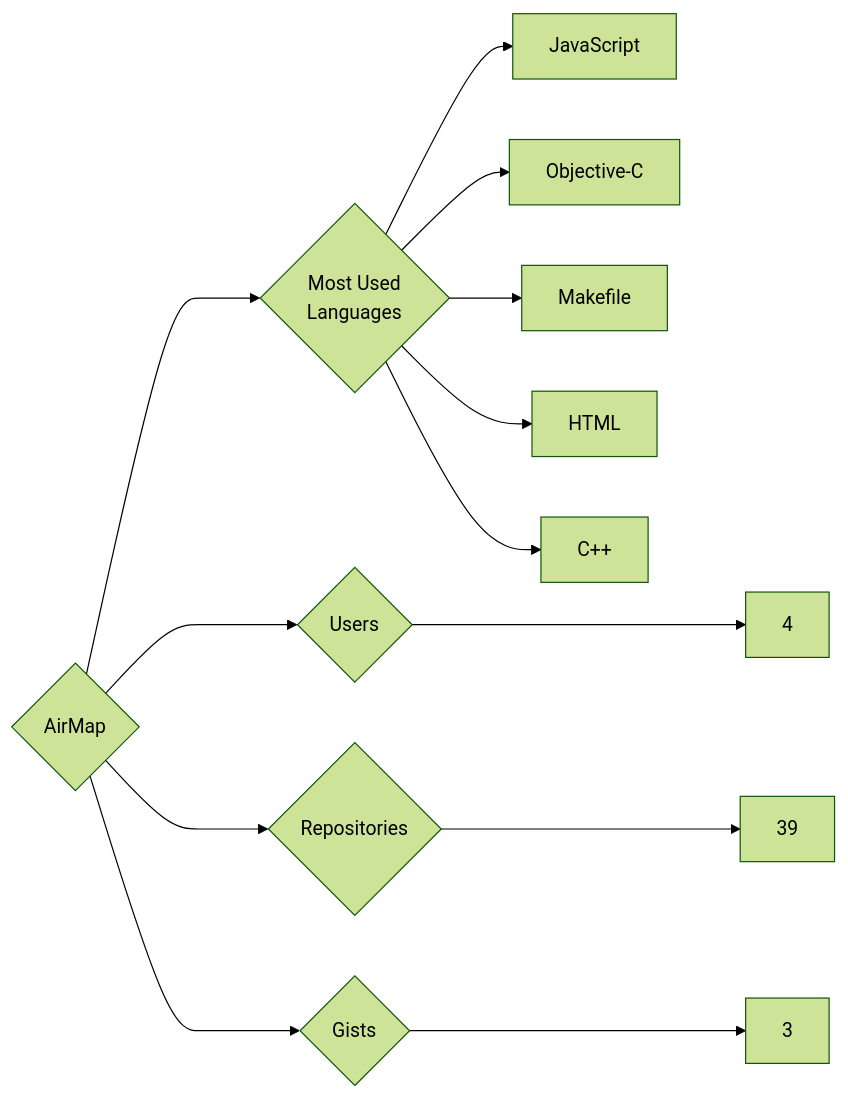
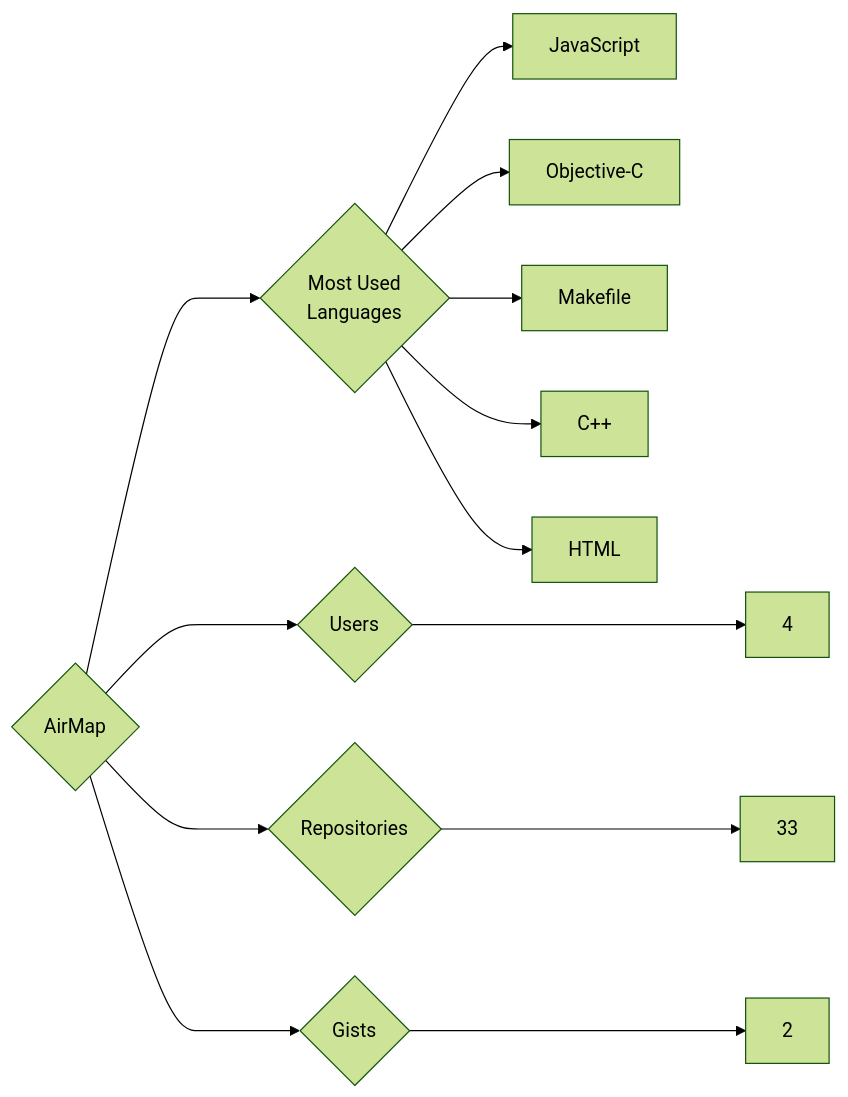
The diagram in targets/AirMap/README.md (trickest/insiders), drawn with Mermaid (forest theme) before and after one commit. The commit also changed 1089 other files, not shown here.

````diff
--- a/targets/AirMap/README.md
+++ b/targets/AirMap/README.md
@@ -3,13 +3,13 @@
 ```mermaid
 graph LR
 COMPANY_NAME{AirMap}
 COMPANY_NAME ---> U{Users} ---> UN[4]
-COMPANY_NAME ---> R{Repositories} ---> RN[39]
-COMPANY_NAME ---> G{Gists} ---> GN[3]
+COMPANY_NAME ---> R{Repositories} ---> RN[33]
+COMPANY_NAME ---> G{Gists} ---> GN[2]
 COMPANY_NAME ---> ML{Most Used<br>Languages}
 ML --> JavaScript[JavaScript]
 ML --> Objective-C[Objective-C]
 ML --> Makefile[Makefile]
+ML --> C++[C++]
 ML --> HTML[HTML]
-ML --> C++[C++]
 ```
````
